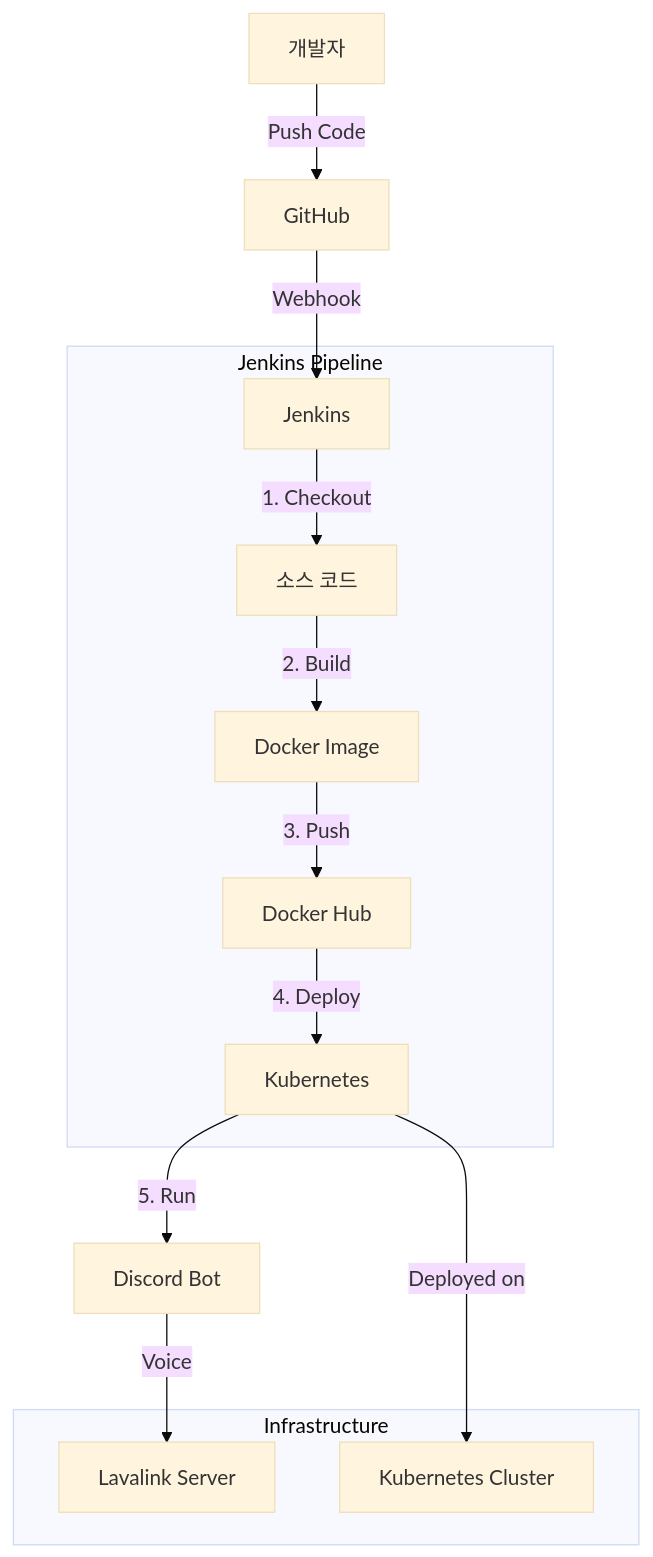
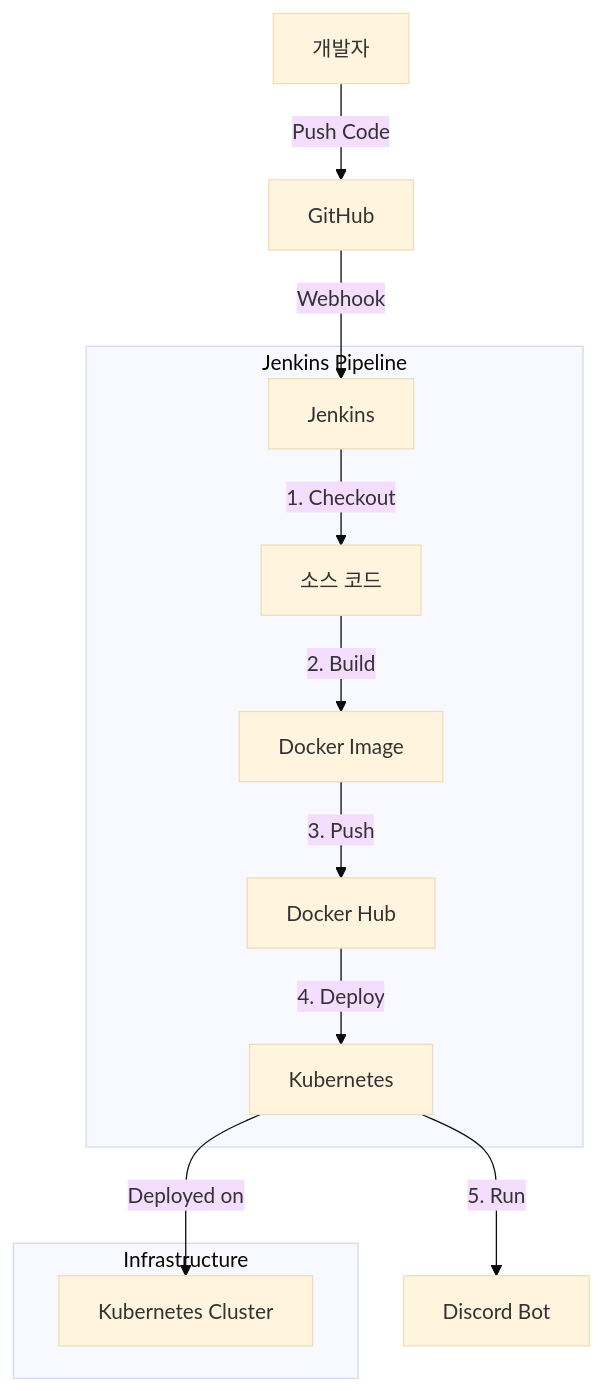
Before and after one commit to ashcircle03/devops-stack-learning: the diagram in README.md, drawn with Mermaid (base theme). The commit also changed other lines of this file and 3 other files, not shown here.

````diff
--- a/README.md
+++ b/README.md
@@ -25,26 +23,24 @@
 ```mermaid
 graph TD
     A[개발자] -->|Push Code| B[GitHub]
     B -->|Webhook| C[Jenkins]
     C -->|1. Checkout| D[소스 코드]
     D -->|2. Build| E[Docker Image]
     E -->|3. Push| F[Docker Hub]
     F -->|4. Deploy| G[Kubernetes]
     G -->|5. Run| H[Discord Bot]
     
     subgraph "Jenkins Pipeline"
     C
     D
     E
     F
     G
     end
     
     subgraph "Infrastructure"
-    I[Lavalink Server]
     J[Kubernetes Cluster]
     end
     
-    H -->|Voice| I
     G -->|Deployed on| J
 ```
````
